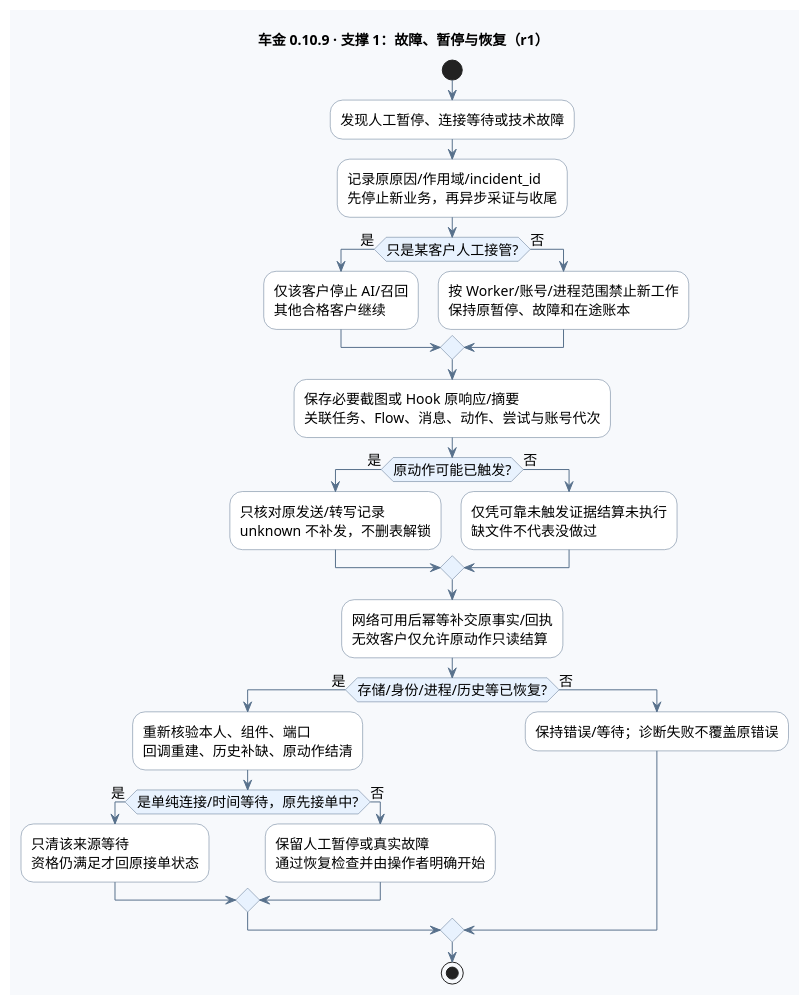
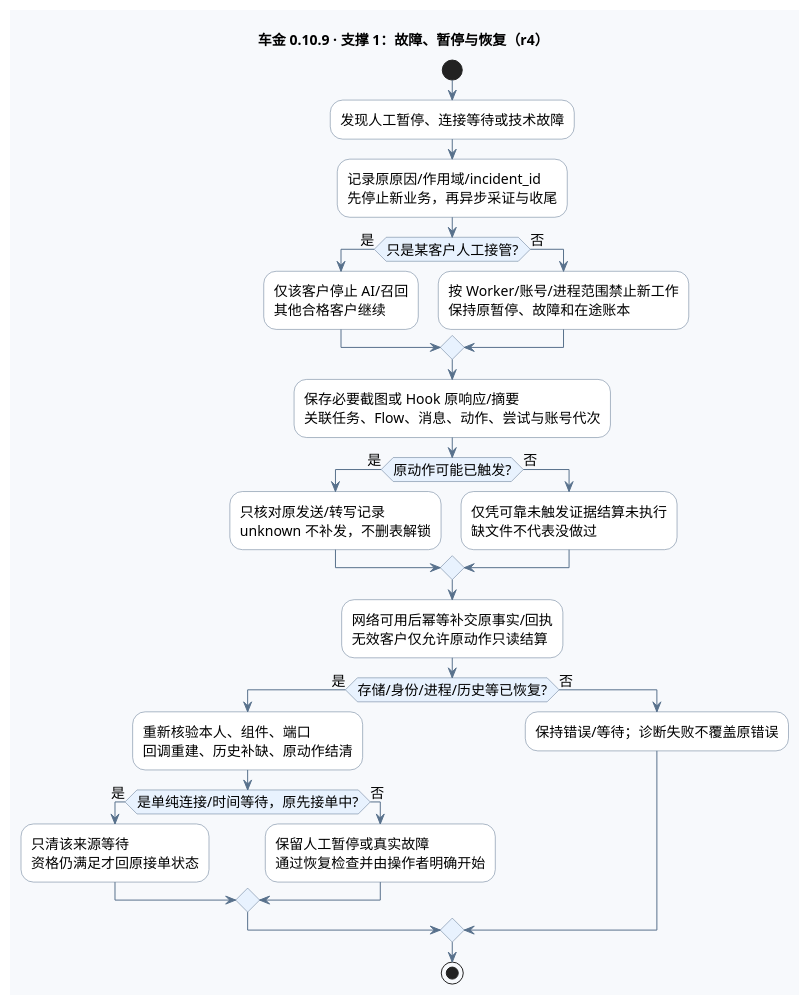
One commit to edwardzhang0304/chejin-ai-sales changed the second of 6 diagrams in deliverables/AI智能客服售前跟进系统_全流程图_v0.10.9.puml. Above: the diagram before and after it, drawn with PlantUML. The commit also changed other lines of this file and 13 other files, not shown here.

```diff
--- a/deliverables/AI智能客服售前跟进系统_全流程图_v0.10.9.puml
+++ b/deliverables/AI智能客服售前跟进系统_全流程图_v0.10.9.puml
@@ -196,51 +200,51 @@
 @startuml fault
 !pragma layout smetana
 skinparam defaultFontName "PingFang SC"
 skinparam defaultFontSize 14
 skinparam backgroundColor #F7F9FC
 skinparam shadowing false
 skinparam activityBackgroundColor #FFFFFF
 skinparam activityBorderColor #58718C
 skinparam activityDiamondBackgroundColor #E8F2FE
 skinparam activityDiamondBorderColor #58718C
 skinparam ArrowColor #58718C
 skinparam noteBackgroundColor #FFF4D9
 skinparam noteBorderColor #CDA556
-title 车金 0.10.9 · 支撑 1：故障、暂停与恢复（r1）
+title 车金 0.10.9 · 支撑 1：故障、暂停与恢复（r4）
 start
 :发现人工暂停、连接等待或技术故障;
 :记录原原因/作用域/incident_id
 先停止新业务，再异步采证与收尾;
 if (只是某客户人工接管?) then (是)
   :仅该客户停止 AI/召回
 其他合格客户继续;
 else (否)
   :按 Worker/账号/进程范围禁止新工作
 保持原暂停、故障和在途账本;
 endif
 :保存必要截图或 Hook 原响应/摘要
 关联任务、Flow、消息、动作、尝试与账号代次;
 if (原动作可能已触发?) then (是)
   :只核对原发送/转写记录
 unknown 不补发，不删表解锁;
 else (否)
   :仅凭可靠未触发证据结算未执行
 缺文件不代表没做过;
 endif
 :网络可用后幂等补交原事实/回执
 无效客户仅允许原动作只读结算;
 if (存储/身份/进程/历史等已恢复?) then (是)
   :重新核验本人、组件、端口
 回调重建、历史补缺、原动作结清;
   if (是单纯连接/时间等待，原先接单中?) then (是)
     :只清该来源等待
 资格仍满足才回原接单状态;
   else (否)
     :保留人工暂停或真实故障
 通过恢复检查并由操作者明确开始;
   endif
 else (否)
   :保持错误/等待；诊断失败不覆盖原错误;
 endif
 stop
 @enduml
```
